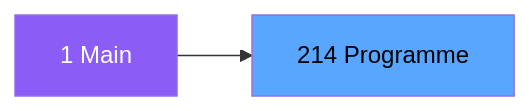
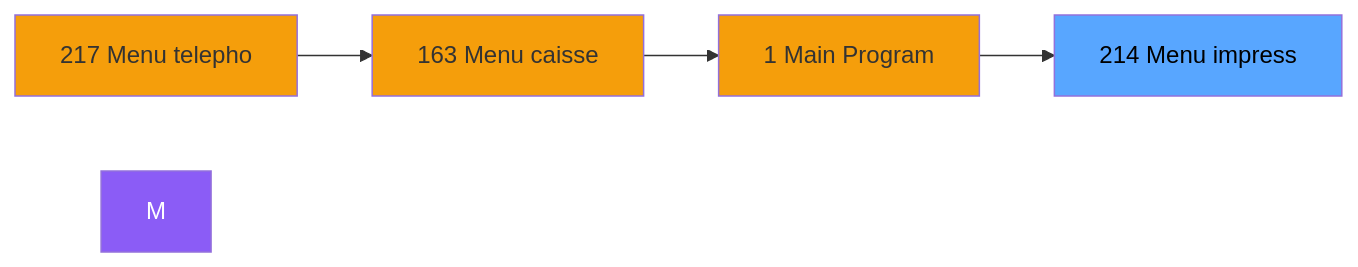
Before and after one commit to thonyAGP/magic-migration: the second of 3 diagrams in .openspec/specs/ADH-IDE-214.md, drawn with Mermaid. The commit also changed other lines of this file and 323 other files, not shown here.

````diff
--- a/.openspec/specs/ADH-IDE-214.md
+++ b/.openspec/specs/ADH-IDE-214.md
@@ -98,8 +112,15 @@
 ```mermaid
 graph LR
-    M[1 Main]
-    T[214 Programme]
-    M --> T
+    N217[217 Menu telepho]
+    N163[163 Menu caisse ]
+    N1[1 Main Program]
+    T[214 Menu impress]
+    N217 --> N163
+    N163 --> N1
+    N1 --> T
     style M fill:#8b5cf6,color:#fff
+    style N217 fill:#f59e0b
+    style N163 fill:#f59e0b
+    style N1 fill:#f59e0b
     style T fill:#58a6ff,color:#000
 ```
````
